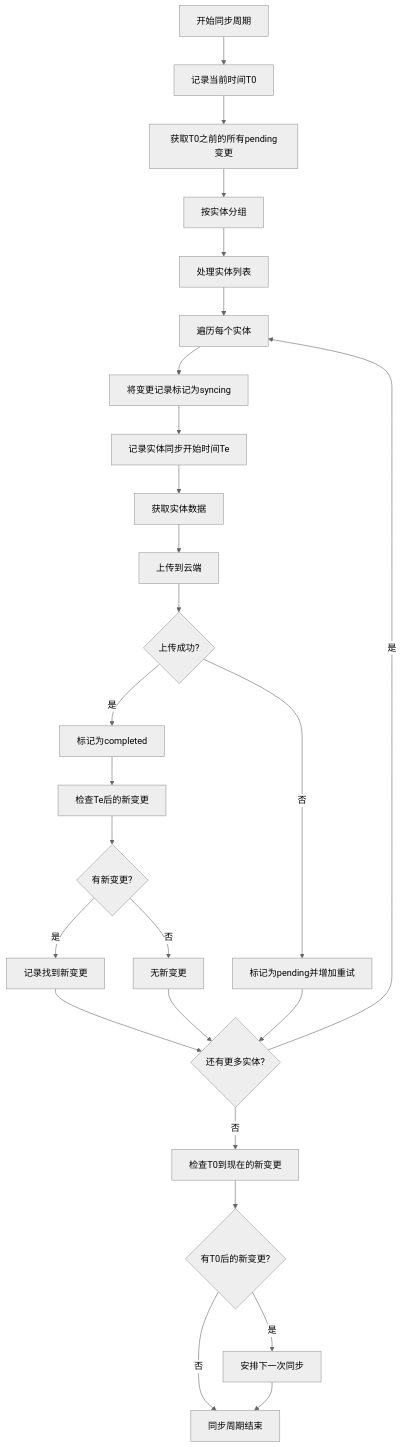
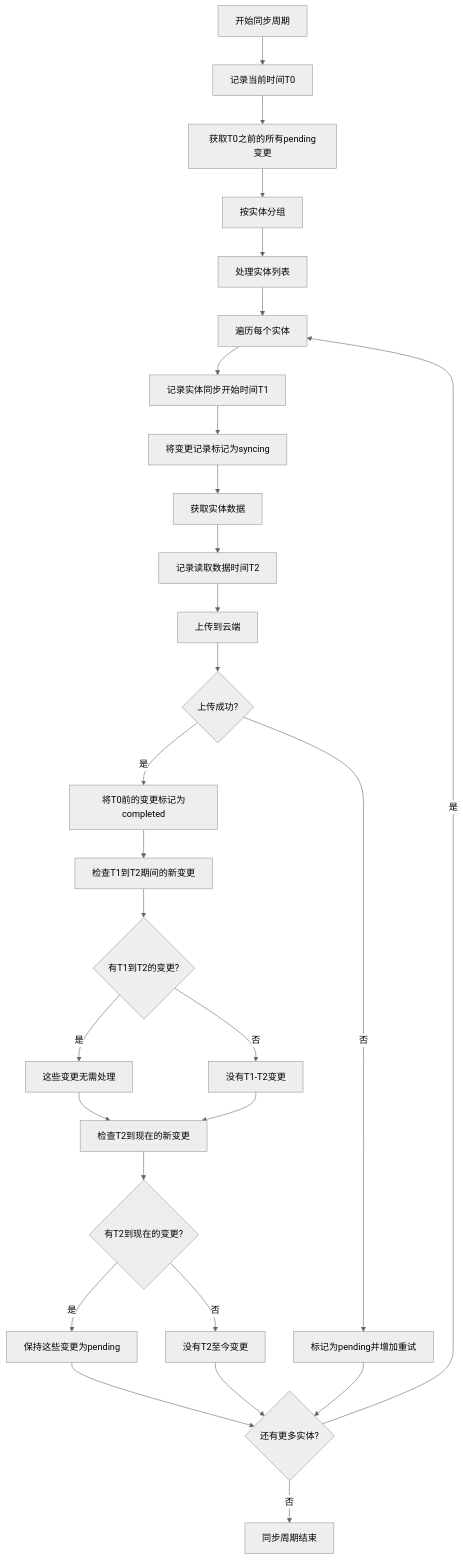
The diagram in all/未命名-40.md (yingjianzh/iodraw-files), drawn with Mermaid (neutral theme) before and after one commit.

Commit message:
2025-04-23 17:38:01 update

````diff
--- a/all/未命名-40.md
+++ b/all/未命名-40.md
@@ -1,36 +1,40 @@
 ```mermaid
 flowchart TD
-    Start[开始同步周期] --> RecordTime[记录当前时间T0]
-    RecordTime --> FetchChanges[获取T0之前的所有pending变更]
+    Start[开始同步周期] --> RecordT0[记录当前时间T0]
+    RecordT0 --> FetchChanges[获取T0之前的所有pending变更]
     FetchChanges --> GroupByEntity[按实体分组]
     
     GroupByEntity --> ProcessEntities[处理实体列表]
     ProcessEntities --> ForEachEntity[遍历每个实体]
     
-    ForEachEntity --> MarkSyncing[将变更记录标记为syncing]
-    MarkSyncing --> RecordEntityTime[记录实体同步开始时间Te]
-    RecordEntityTime --> GetEntityData[获取实体数据]
-    GetEntityData --> UploadToCloud[上传到云端]
+    ForEachEntity --> RecordT1[记录实体同步开始时间T1]
+    RecordT1 --> MarkSyncing[将变更记录标记为syncing]
+    MarkSyncing --> GetEntityData[获取实体数据]
+    GetEntityData --> RecordT2[记录读取数据时间T2]
     
+    RecordT2 --> UploadToCloud[上传到云端]
     UploadToCloud --> Success{上传成功?}
+    
     Success -- 否 --> MarkFailed[标记为pending并增加重试]
-    Success -- 是 --> MarkCompleted[标记为completed]
+    Success -- 是 --> MarkT0ChangesCompleted[将T0前的变更标记为completed]
     
-    MarkCompleted --> CheckNewChanges[检查Te后的新变更]
-    CheckNewChanges --> HasNewChanges{有新变更?}
+    MarkT0ChangesCompleted --> CheckT1ToT2[检查T1到T2期间的新变更]
+    CheckT1ToT2 --> T1T2Changes{有T1到T2的变更?}
     
-    HasNewChanges -- 是 --> LogNewChanges[记录找到新变更]
-    HasNewChanges -- 否 --> NoNewChanges[无新变更]
+    T1T2Changes -- 是 --> MarkUnchanged[这些变更无需处理]
+    T1T2Changes -- 否 --> NoT1T2Changes[没有T1-T2变更]
     
-    LogNewChanges --> NextEntity{还有更多实体?}
-    NoNewChanges --> NextEntity
+    MarkUnchanged --> CheckT2ToNow[检查T2到现在的新变更]
+    NoT1T2Changes --> CheckT2ToNow
+    
+    CheckT2ToNow --> T2NowChanges{有T2到现在的变更?}
+    T2NowChanges -- 是 --> KeepPending[保持这些变更为pending]
+    T2NowChanges -- 否 --> NoT2NowChanges[没有T2至今变更]
+    
+    KeepPending --> NextEntity{还有更多实体?}
+    NoT2NowChanges --> NextEntity
     
     MarkFailed --> NextEntity
     NextEntity -- 是 --> ForEachEntity
-    NextEntity -- 否 --> CheckT0ToNow[检查T0到现在的新变更]
-    
-    CheckT0ToNow --> FinalCheck{有T0后的新变更?}
-    FinalCheck -- 是 --> ScheduleNextSync[安排下一次同步]
-    FinalCheck -- 否 --> End[同步周期结束]
-    ScheduleNextSync --> End
+    NextEntity -- 否 --> End[同步周期结束]
 ```
````
